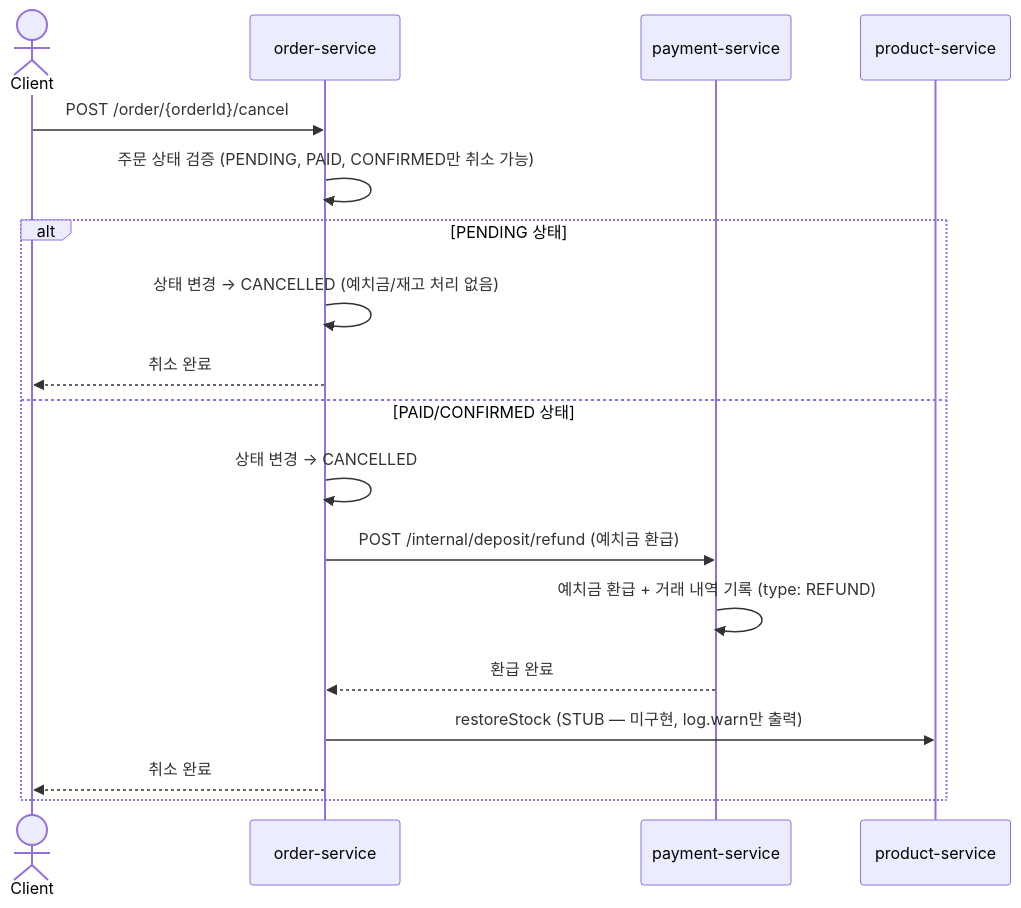
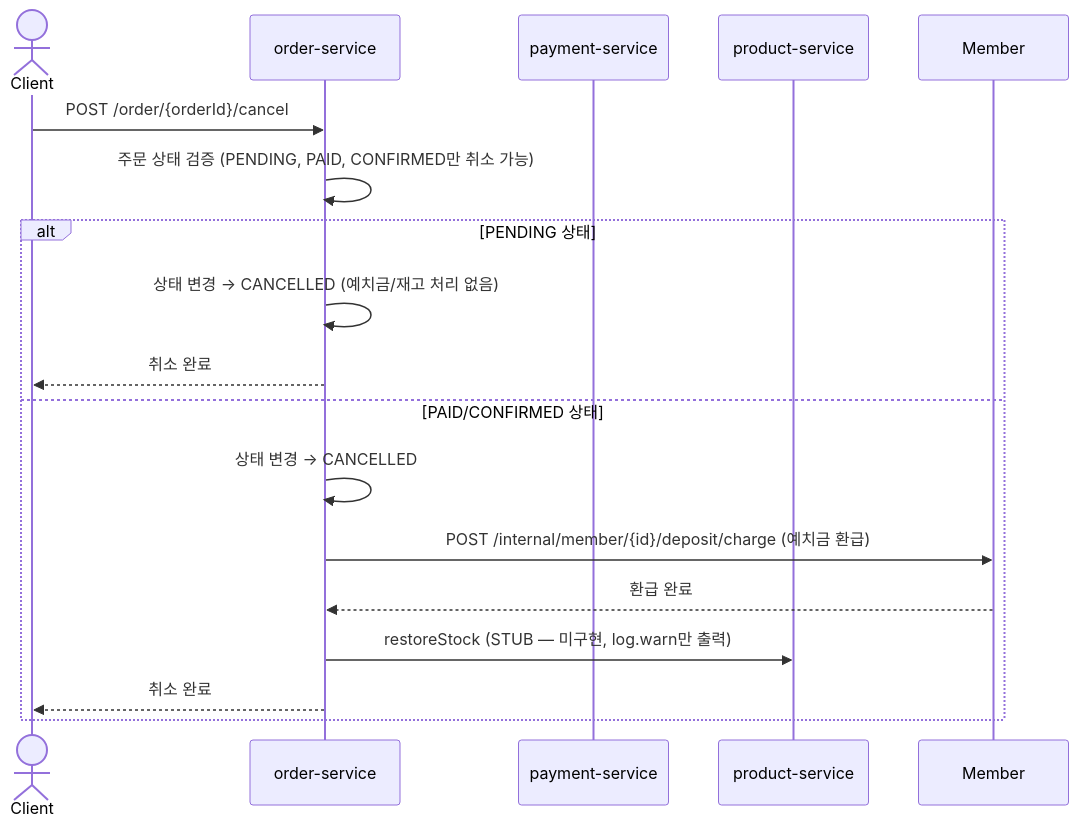
Before and after one commit to prgrms-be-adv-devcourse/beadv5_5_404_Not_Found_BE: the third of 3 diagrams in docs/OrderPaymentFlow.md, drawn with Mermaid. The commit also changed other lines of this file and 6 other files, not shown here.

````diff
--- a/docs/OrderPaymentFlow.md
+++ b/docs/OrderPaymentFlow.md
@@ -216,22 +217,21 @@
 ```mermaid
 sequenceDiagram
     actor Client
     participant Order as order-service
     participant Payment as payment-service
     participant Product as product-service
 
     Client->>Order: POST /order/{orderId}/cancel
     Order->>Order: 주문 상태 검증 (PENDING, PAID, CONFIRMED만 취소 가능)
 
     alt PENDING 상태
         Order->>Order: 상태 변경 → CANCELLED (예치금/재고 처리 없음)
         Order-->>Client: 취소 완료
     else PAID/CONFIRMED 상태
         Order->>Order: 상태 변경 → CANCELLED
-        Order->>Payment: POST /internal/deposit/refund (예치금 환급)
-        Payment->>Payment: 예치금 환급 + 거래 내역 기록 (type: REFUND)
-        Payment-->>Order: 환급 완료
+        Order->>Member: POST /internal/member/{id}/deposit/charge (예치금 환급)
+        Member-->>Order: 환급 완료
         Order->>Product: restoreStock (STUB — 미구현, log.warn만 출력)
         Order-->>Client: 취소 완료
     end
 ```
````
